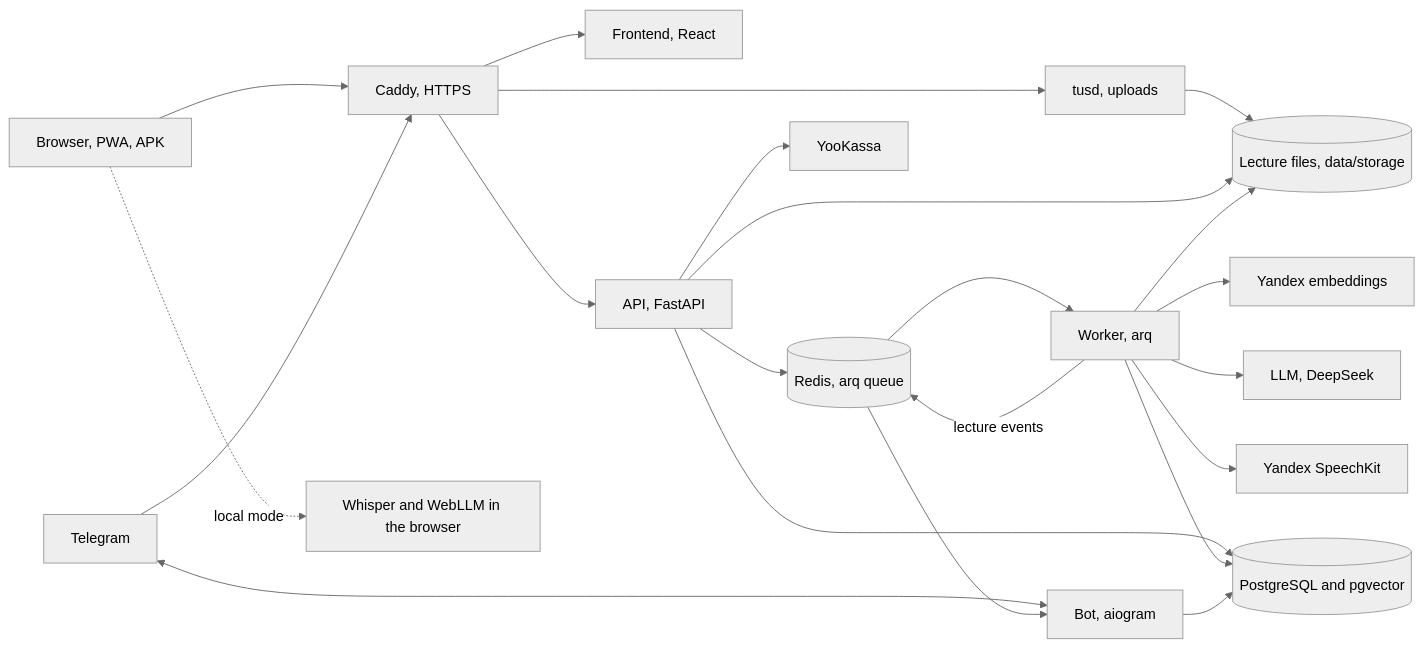
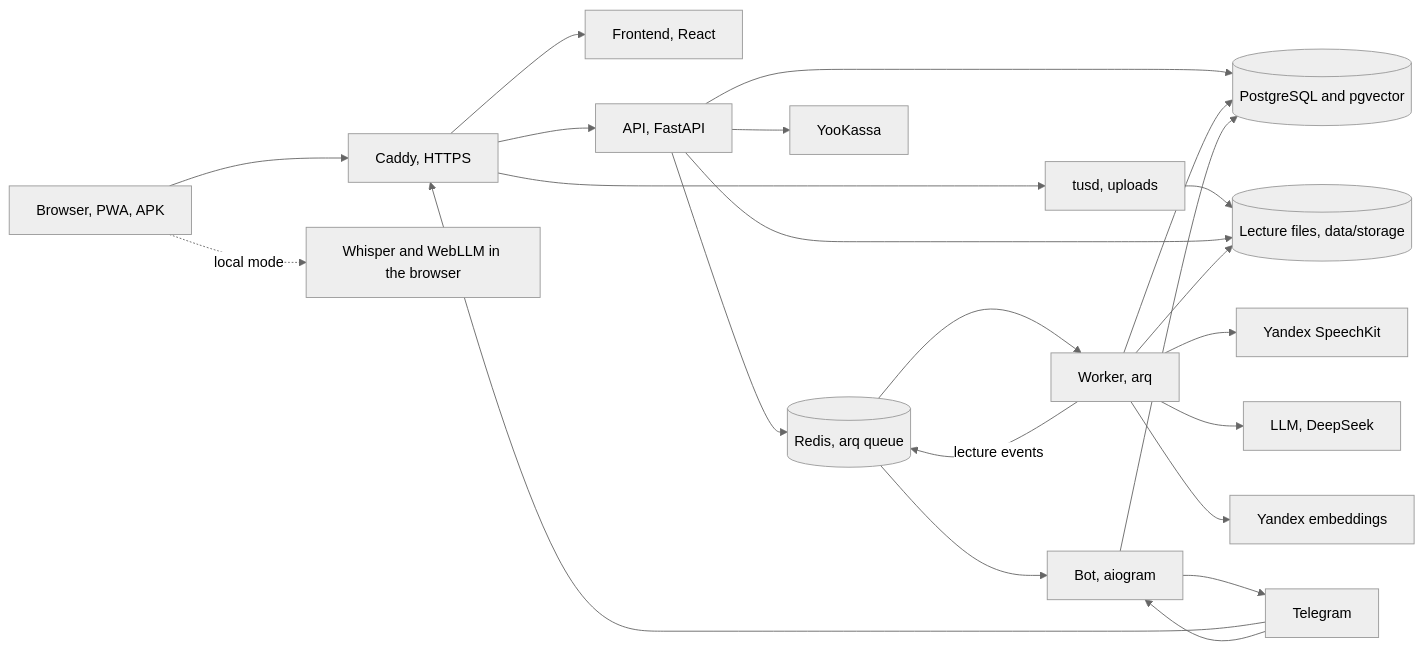
The diagram in README.en.md (DedAlexevich/Lecturo), drawn with Mermaid (neutral theme) before and after one commit. The commit also changed 1 other file, not shown here.

Commit message:
docs(readme): упростить связи на схеме архитектуры

````diff
--- a/README.en.md
+++ b/README.en.md
@@ -71,24 +71,25 @@
 ```mermaid
 flowchart LR
     user["Browser, PWA, APK"] --> caddy["Caddy, HTTPS"]
     tg["Telegram"] --> caddy
-    tg <--> bot["Bot, aiogram"]
+    tg --> bot["Bot, aiogram"]
     caddy --> front["Frontend, React"]
     caddy --> api["API, FastAPI"]
     caddy --> tusd["tusd, uploads"]
     tusd --> files[("Lecture files, data/storage")]
     api --> db[("PostgreSQL and pgvector")]
     api --> redis[("Redis, arq queue")]
     api --> files
     api --> yookassa["YooKassa"]
     redis --> worker["Worker, arq"]
     worker --> db
     worker --> files
     worker --> stt["Yandex SpeechKit"]
     worker --> llm["LLM, DeepSeek"]
     worker --> emb["Yandex embeddings"]
-    worker -- "lecture events" --> redis
+    worker -->|lecture events| redis
     redis --> bot
+    bot --> tg
     bot --> db
-    user -. "local mode" .-> local["Whisper and WebLLM in the browser"]
+    user -.->|local mode| local["Whisper and WebLLM in the browser"]
 ```
````
